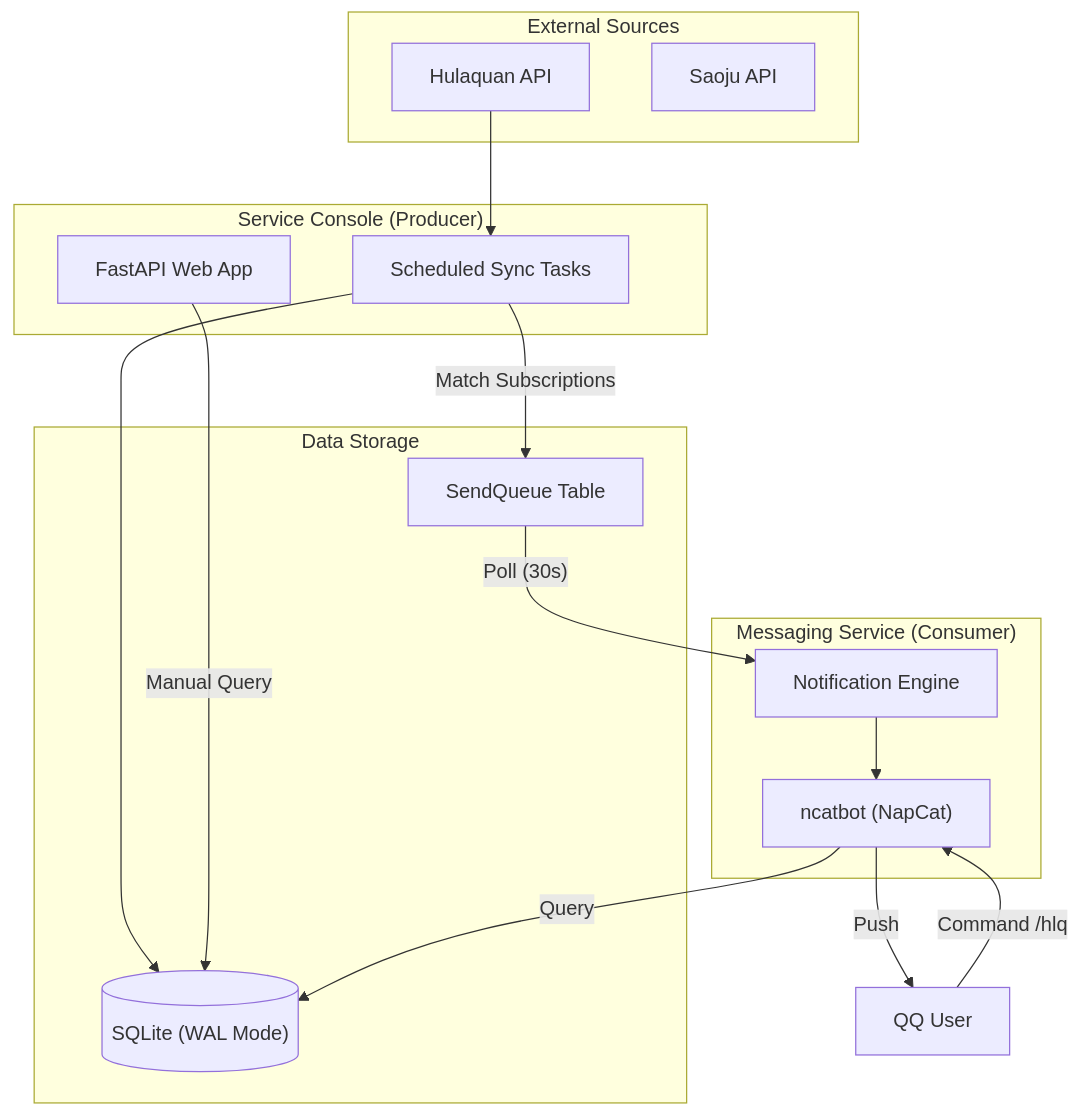
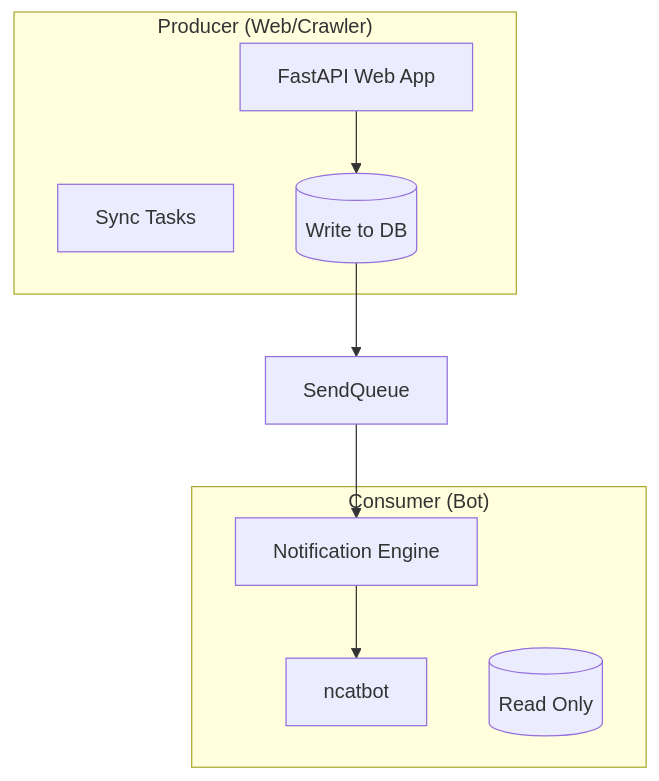
Before and after one commit to YBloom/Juju_Web: the diagram in ARCHITECTURE.md, drawn with Mermaid. The commit also changed other lines of this file and 3 other files, not shown here.

````diff
--- a/ARCHITECTURE.md
+++ b/ARCHITECTURE.md
@@ -9,34 +13,19 @@
 ```mermaid
 graph TD
-    subgraph "External Sources"
-        HLQ["Hulaquan API"]
-        SJ["Saoju API"]
+    subgraph "Producer (Web/Crawler)"
+        Web["FastAPI Web App"]
+        Crawler["Sync Tasks"]
+        DB_Write[("Write to DB")]
     end
 
-    subgraph "Service Console (Producer)"
-        Web["FastAPI Web App"]
-        Crawler["Scheduled Sync Tasks"]
+    subgraph "Consumer (Bot)"
+        Bot["ncatbot"]
+        Engine["Notification Engine"]
+        DB_Read[("Read Only")]
     end
 
-    subgraph "Data Storage"
-        DB[("SQLite (WAL Mode)")]
-        SQ["SendQueue Table"]
-    end
-
-    subgraph "Messaging Service (Consumer)"
-        Bot["ncatbot (NapCat)"]
-        Consumer["Notification Engine"]
-    end
-
-    %% Data Flow
-    HLQ --> Crawler
-    Crawler --> DB
-    Crawler --"Match Subscriptions"--> SQ
-    SQ --"Poll (30s)"--> Consumer
-    Consumer --> Bot
-    Bot --"Push"--> User["QQ User"]
-    
-    Web --"Manual Query"--> DB
-    User --"Command /hlq"--> Bot
-    Bot --"Query"--> DB
+    Web --> DB_Write
+    DB_Write --> SQ["SendQueue"]
+    SQ --> Engine
+    Engine --> Bot
 ```
````
